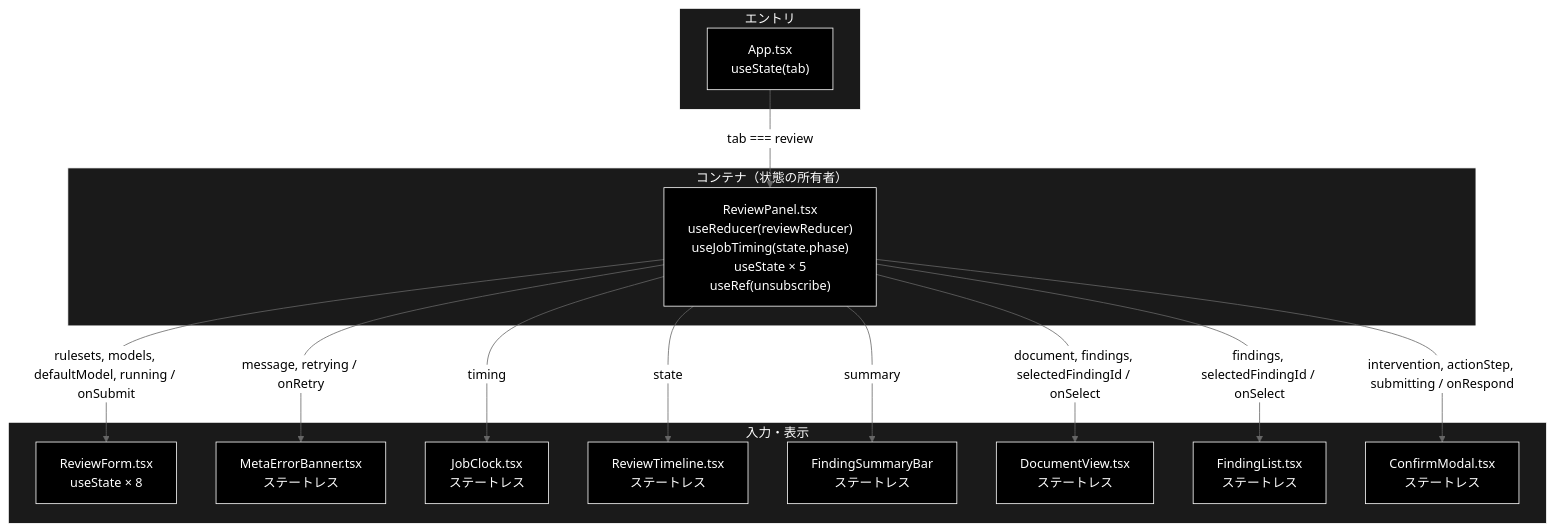
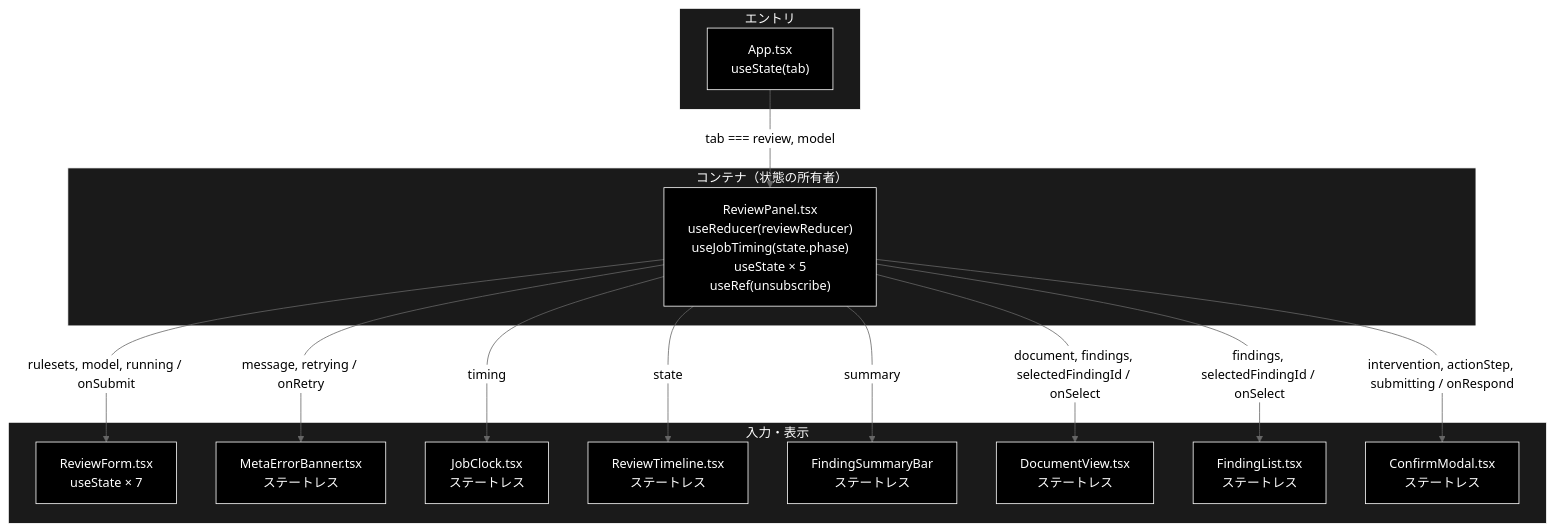
The first of 5 diagrams in frontend/docs/ReviewPanel.md (nakashima2toshio/grace_v2_local), drawn with Mermaid (neutral theme) before and after one commit. The commit also changed other lines of this file and 25 other files, not shown here.

````diff
--- a/frontend/docs/ReviewPanel.md
+++ b/frontend/docs/ReviewPanel.md
@@ -63,34 +63,34 @@
 ```mermaid
 flowchart TB
     subgraph Entry["エントリ"]
         App["App.tsx<br>useState(tab)"]
     end
     subgraph Container["コンテナ（状態の所有者）"]
         RP["ReviewPanel.tsx<br>useReducer(reviewReducer)<br>useJobTiming(state.phase)<br>useState × 5<br>useRef(unsubscribe)"]
     end
     subgraph Presentational["入力・表示"]
-        RF["ReviewForm.tsx<br>useState × 8"]
+        RF["ReviewForm.tsx<br>useState × 7"]
         MEB["MetaErrorBanner.tsx<br>ステートレス"]
         JC["JobClock.tsx<br>ステートレス"]
         RT["ReviewTimeline.tsx<br>ステートレス"]
         FS["FindingSummaryBar<br>ステートレス"]
         DV["DocumentView.tsx<br>ステートレス"]
         FL["FindingList.tsx<br>ステートレス"]
         CM["ConfirmModal.tsx<br>ステートレス"]
     end
-    App -->|"tab === review"| RP
-    RP -->|"rulesets, models, defaultModel, running / onSubmit"| RF
+    App -->|"tab === review, model"| RP
+    RP -->|"rulesets, model, running / onSubmit"| RF
     RP -->|"message, retrying / onRetry"| MEB
     RP -->|"timing"| JC
     RP -->|"state"| RT
     RP -->|"summary"| FS
     RP -->|"document, findings, selectedFindingId / onSelect"| DV
     RP -->|"findings, selectedFindingId / onSelect"| FL
     RP -->|"intervention, actionStep, submitting / onRespond"| CM
 classDef default fill:#000,stroke:#fff,color:#fff
 classDef subgraphStyle fill:#1a1a1a,stroke:#fff,color:#fff
 class App,RP,RF,MEB,JC,RT,FS,DV,FL,CM default
 style Entry fill:#1a1a1a,stroke:#fff,color:#fff
 style Container fill:#1a1a1a,stroke:#fff,color:#fff
 style Presentational fill:#1a1a1a,stroke:#fff,color:#fff
 ```
````
